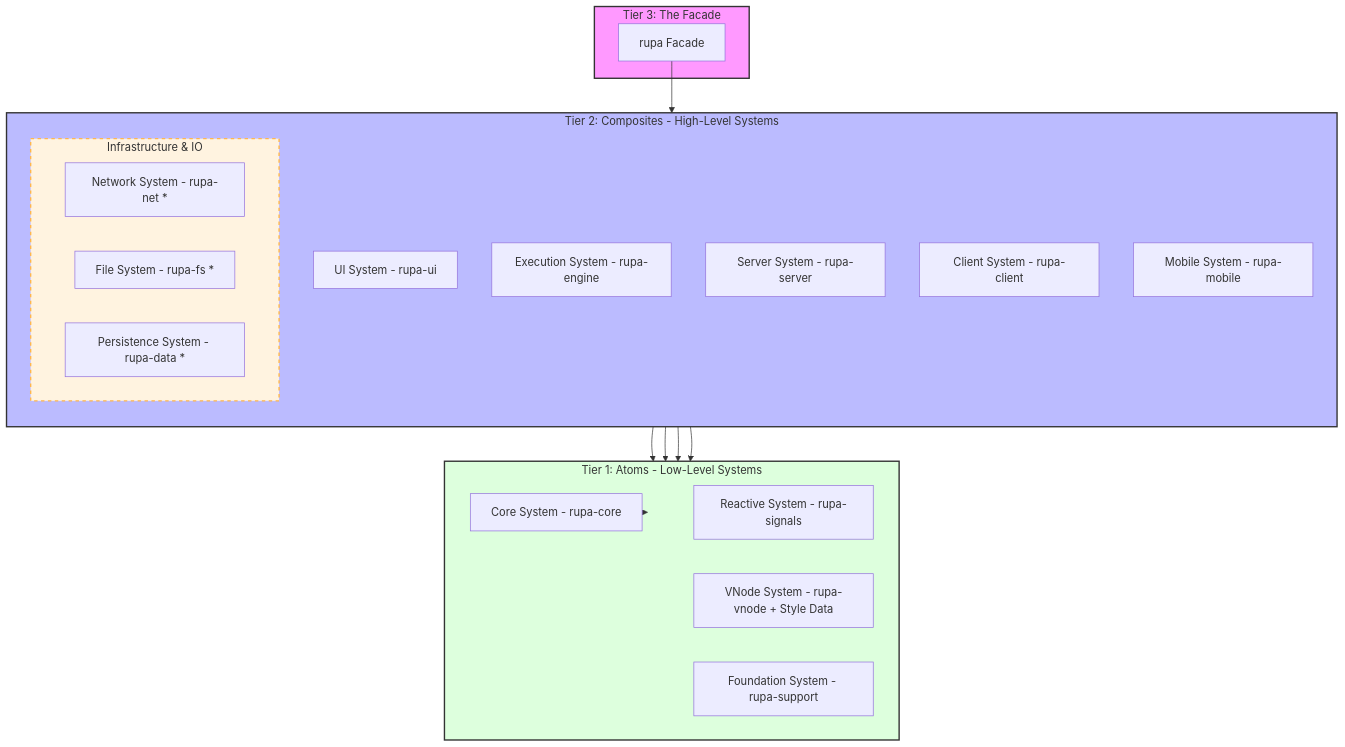
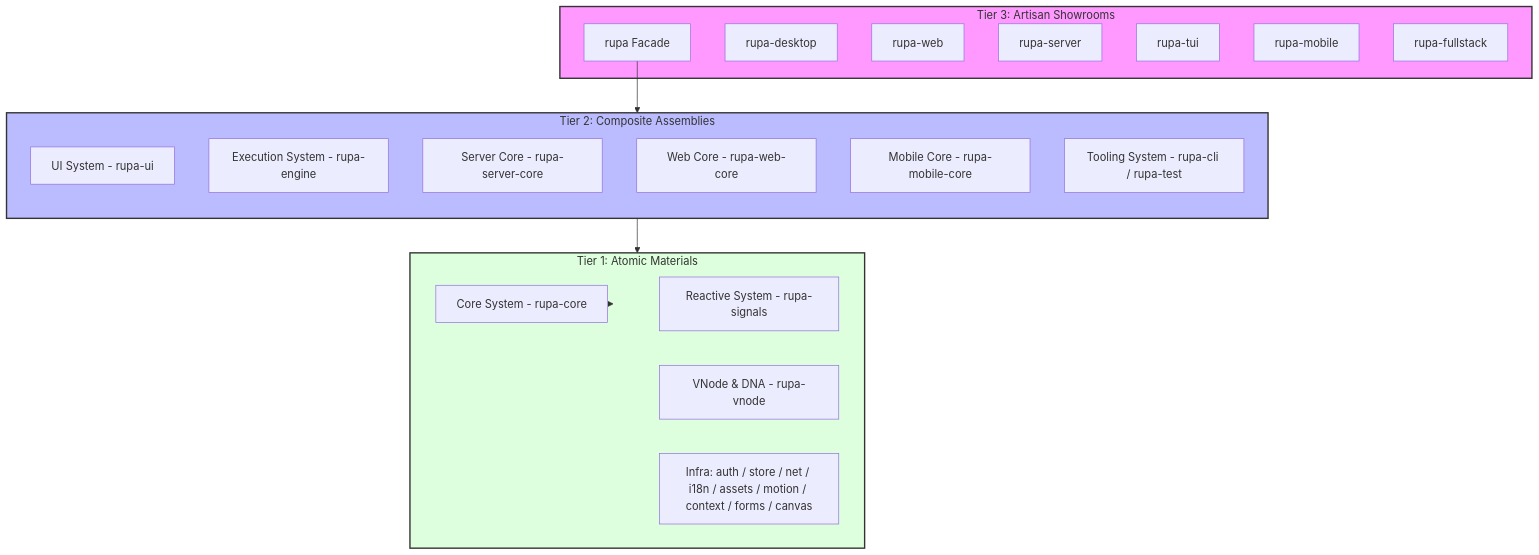
One commit to rupa-labs/rupa changed the first of 4 diagrams in docs/blueprint.md. Above: the diagram before and after it, drawn with Mermaid. The commit also changed other lines of this file and 160 other files, not shown here.

````diff
--- a/docs/blueprint.md
+++ b/docs/blueprint.md
@@ -21,46 +21,39 @@
 ```mermaid
 graph TD
-    subgraph Tier_3 [Tier 3: The Facade]
-        rupa[rupa Facade]
+    subgraph Tier_3 [Tier 3: Artisan Showrooms]
+        facade[rupa Facade]
+        desktop[rupa-desktop]
+        web[rupa-web]
+        server[rupa-server]
+        tui[rupa-tui]
+        mobile[rupa-mobile]
+        fullstack[rupa-fullstack]
     end
 
-    subgraph Tier_2 [Tier 2: Composites - High-Level Systems]
+    subgraph Tier_2 [Tier 2: Composite Assemblies]
         direction TB
         ui_sys[UI System - rupa-ui]
         eng_sys[Execution System - rupa-engine]
-        srv_sys[Server System - rupa-server]
-        cli_sys[Client System - rupa-client]
-        mob_sys[Mobile System - rupa-mobile]
-        
-        subgraph Infra_Systems [Infrastructure & IO]
-            net_sys[Network System - rupa-net *]
-            fs_sys[File System - rupa-fs *]
-            persist_sys[Persistence System - rupa-data *]
-        end
+        srv_sys[Server Core - rupa-server-core]
+        web_sys[Web Core - rupa-web-core]
+        mob_sys[Mobile Core - rupa-mobile-core]
+        tool_sys[Tooling System - rupa-cli / rupa-test]
     end
 
-    subgraph Tier_1 [Tier 1: Atoms - Low-Level Systems]
+    subgraph Tier_1 [Tier 1: Atomic Materials]
         direction LR
         core_sys[Core System - rupa-core]
         react_sys[Reactive System - rupa-signals]
-        vnode_sys[VNode System - rupa-vnode + Style Data]
-        math_sys[Foundation System - rupa-support]
+        vnode_sys[VNode & DNA - rupa-vnode]
+        infra_sys[Infra: auth / store / net / i18n / assets / motion / context / forms / canvas]
     end
 
-    %% Legend: * = Strategic/Planned
-    
     %% Relationships
-    rupa --> Tier_2
+    facade --> Tier_2
     Tier_2 --> core_sys
     core_sys --> Tier_1
-    
-    %% System Internal Dependencies
-    ui_sys --> vnode_sys
-    eng_sys --> vnode_sys
-    eng_sys --> core_sys
     
     style Tier_3 fill:#f9f,stroke:#333,stroke-width:2px
     style Tier_2 fill:#bbf,stroke:#333,stroke-width:2px
     style Tier_1 fill:#dfd,stroke:#333,stroke-width:2px
-    style Infra_Systems fill:#fff3e0,stroke:#ffb74d,stroke-width:2px,stroke-dasharray: 5 5
 ```
````
